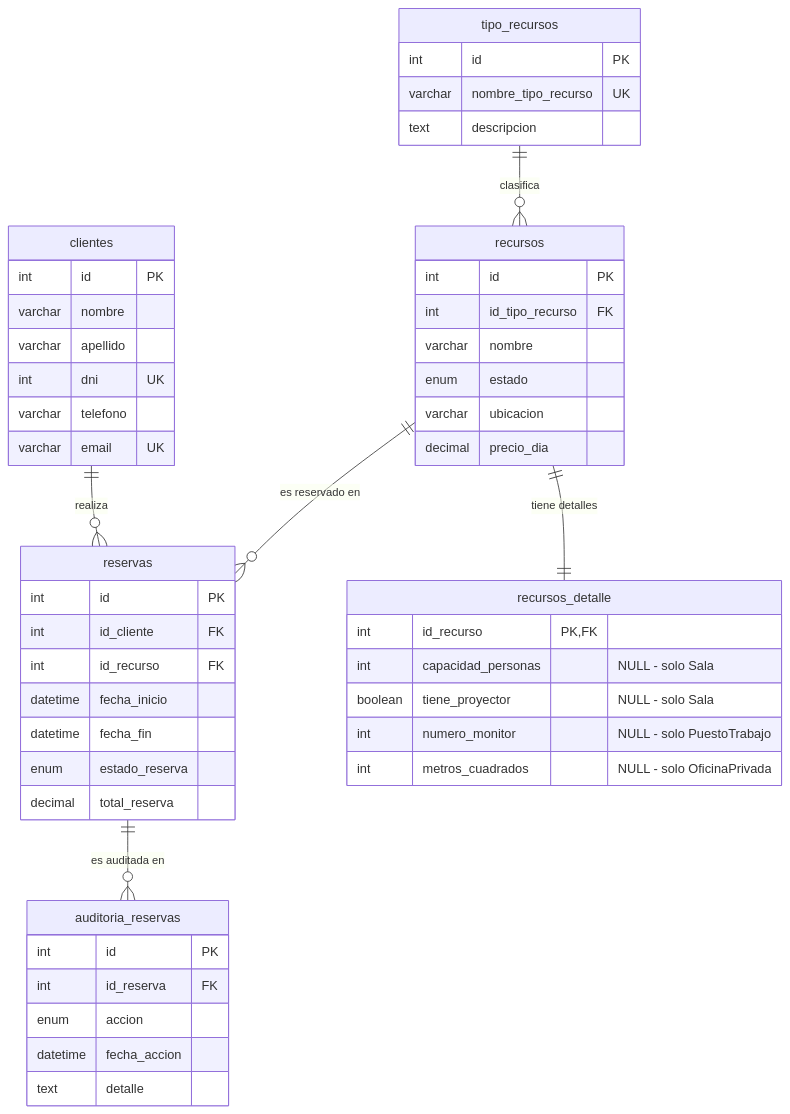
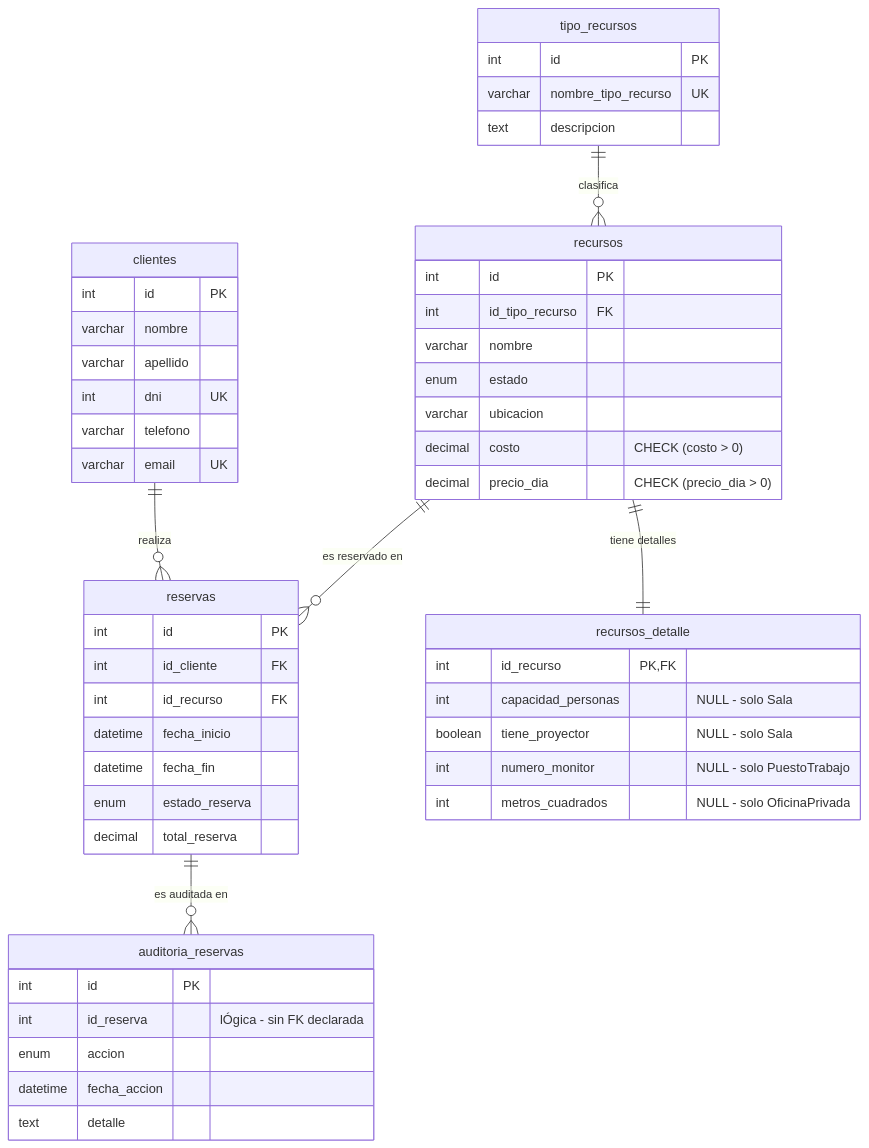
One commit to adrianbeep/final-algoritmos changed the diagram in Docs/DER.md. Above: the diagram before and after it, drawn with Mermaid. The commit also changed other lines of this file and 2 other files, not shown here.

Commit message:
docs(diagramas): el DER actualizado, el contexto de la operacion y los flujos de escritura

````diff
--- a/Docs/DER.md
+++ b/Docs/DER.md
@@ -5,58 +5,59 @@
 ```mermaid
 erDiagram
     clientes {
         int id PK
         varchar nombre
         varchar apellido
         int dni UK
         varchar telefono
         varchar email UK
     }
 
     tipo_recursos {
         int id PK
         varchar nombre_tipo_recurso UK
         text descripcion
     }
 
     recursos {
         int id PK
         int id_tipo_recurso FK
         varchar nombre
         enum estado
         varchar ubicacion
-        decimal precio_dia
+        decimal costo "CHECK (costo > 0)"
+        decimal precio_dia "CHECK (precio_dia > 0)"
     }
 
     recursos_detalle {
         int id_recurso PK,FK
         int capacidad_personas "NULL - solo Sala"
         boolean tiene_proyector "NULL - solo Sala"
         int numero_monitor "NULL - solo PuestoTrabajo"
         int metros_cuadrados "NULL - solo OficinaPrivada"
     }
 
     reservas {
         int id PK
         int id_cliente FK
         int id_recurso FK
         datetime fecha_inicio
         datetime fecha_fin
         enum estado_reserva
         decimal total_reserva
     }
 
     auditoria_reservas {
         int id PK
-        int id_reserva FK
+        int id_reserva "lÓgica - sin FK declarada"
         enum accion
         datetime fecha_accion
         text detalle
     }
 
     clientes ||--o{ reservas : "realiza"
     tipo_recursos ||--o{ recursos : "clasifica"
     recursos ||--o{ reservas : "es reservado en"
     recursos ||--|| recursos_detalle : "tiene detalles"
     reservas ||--o{ auditoria_reservas : "es auditada en"
 ```
````
